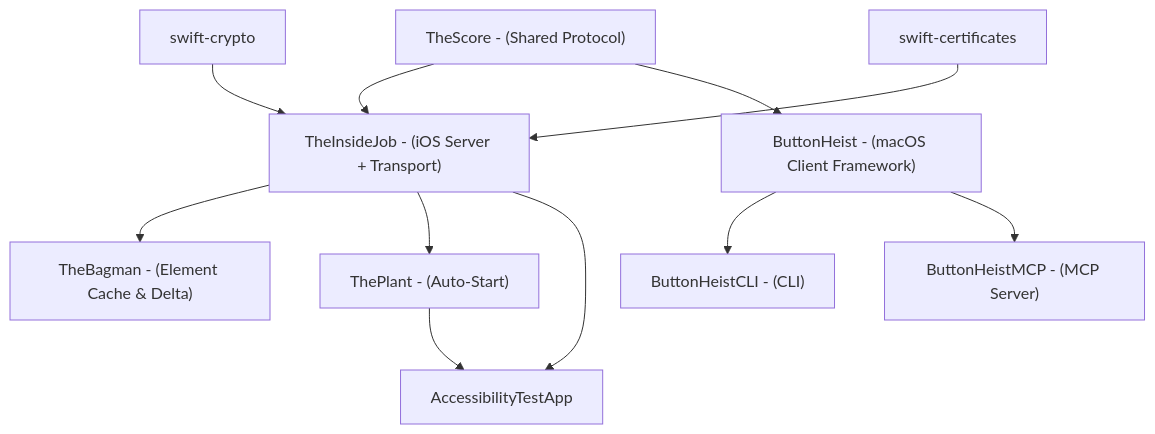
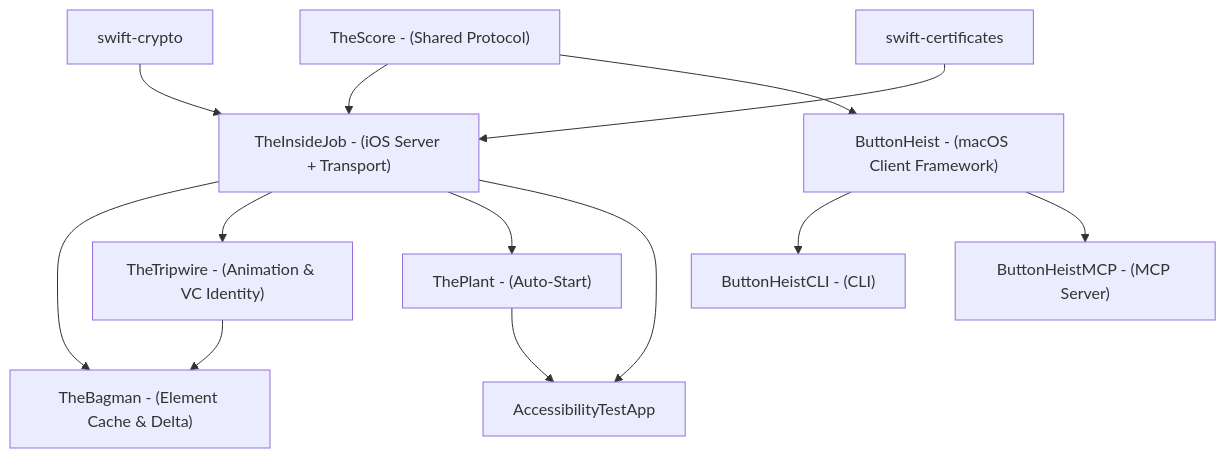
One commit to RoyalPineapple/TheButtonHeist changed the first of 2 diagrams in docs/dossiers/00-OVERVIEW.md. Above: the diagram before and after it, drawn with Mermaid. The commit also changed other lines of this file and 12 other files, not shown here.

````diff
--- a/docs/dossiers/00-OVERVIEW.md
+++ b/docs/dossiers/00-OVERVIEW.md
@@ -36,25 +37,28 @@
 ```mermaid
 graph TD
     TheScore["TheScore - (Shared Protocol)"]
     TheInsideJob["TheInsideJob - (iOS Server + Transport)"]
     TheBagman["TheBagman - (Element Cache & Delta)"]
+    TheTripwire["TheTripwire - (Animation & VC Identity)"]
     ThePlant["ThePlant - (Auto-Start)"]
     ButtonHeist["ButtonHeist - (macOS Client Framework)"]
     CLI["ButtonHeistCLI - (CLI)"]
     MCP["ButtonHeistMCP - (MCP Server)"]
     TestApp["AccessibilityTestApp"]
 
     Crypto["swift-crypto"]
     X509["swift-certificates"]
 
     TheScore --> TheInsideJob
     Crypto --> TheInsideJob
     X509 --> TheInsideJob
     TheScore --> ButtonHeist
     ButtonHeist --> CLI
     ButtonHeist --> MCP
     TheInsideJob --> TheBagman
+    TheInsideJob --> TheTripwire
+    TheTripwire --> TheBagman
     TheInsideJob --> ThePlant
     TheInsideJob --> TestApp
     ThePlant --> TestApp
 ```
````
